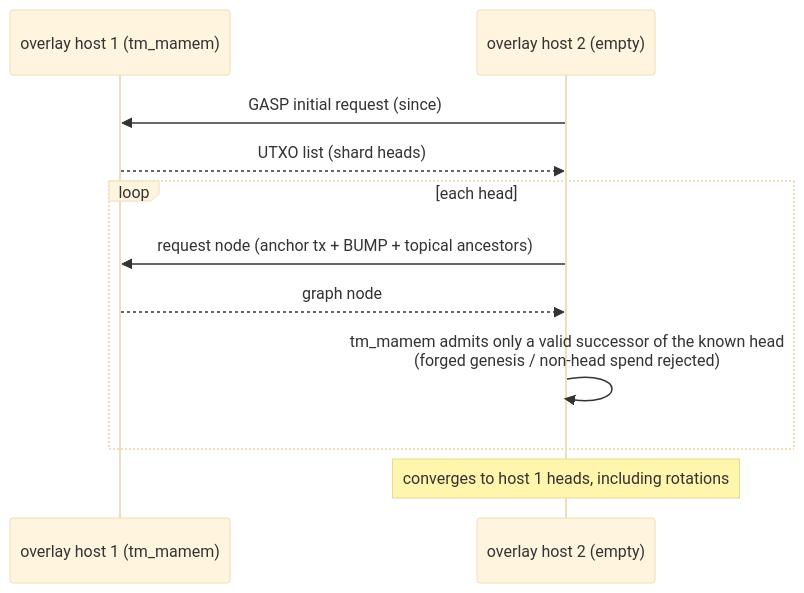
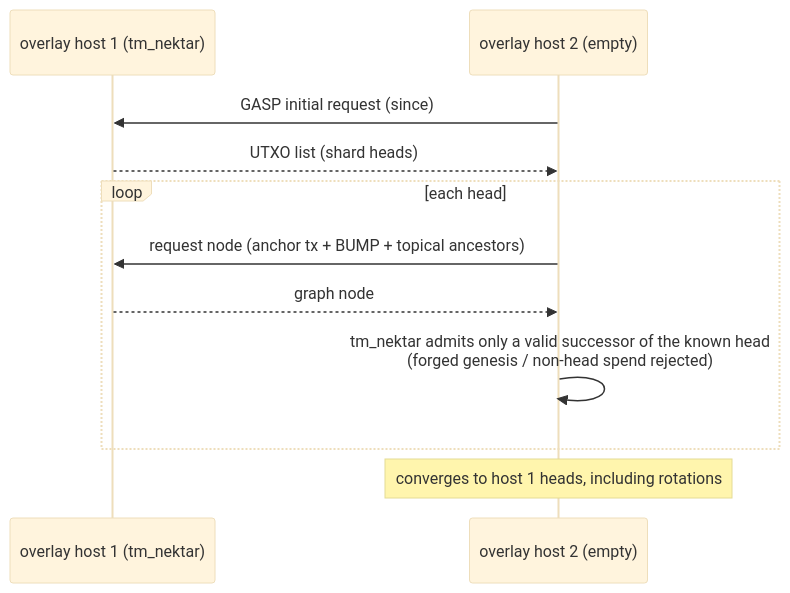
The ninth of 14 diagrams in docs/ARCHITECTURE.md (kryptokrates/nektar), drawn with Mermaid (base theme) before and after one commit. The commit also changed other lines of this file and 297 other files, not shown here.

First line of the commit message:
Rename project mamem → nektar

````diff
--- a/docs/ARCHITECTURE.md
+++ b/docs/ARCHITECTURE.md
@@ -187,13 +187,13 @@
 ```mermaid
 sequenceDiagram
-  participant H1 as overlay host 1 (tm_mamem)
+  participant H1 as overlay host 1 (tm_nektar)
   participant H2 as overlay host 2 (empty)
   H2->>H1: GASP initial request (since)
   H1-->>H2: UTXO list (shard heads)
   loop each head
     H2->>H1: request node (anchor tx + BUMP + topical ancestors)
     H1-->>H2: graph node
-    H2->>H2: tm_mamem admits only a valid successor of the known head<br/>(forged genesis / non-head spend rejected)
+    H2->>H2: tm_nektar admits only a valid successor of the known head<br/>(forged genesis / non-head spend rejected)
   end
   Note over H2: converges to host 1 heads, including rotations
 ```
````
